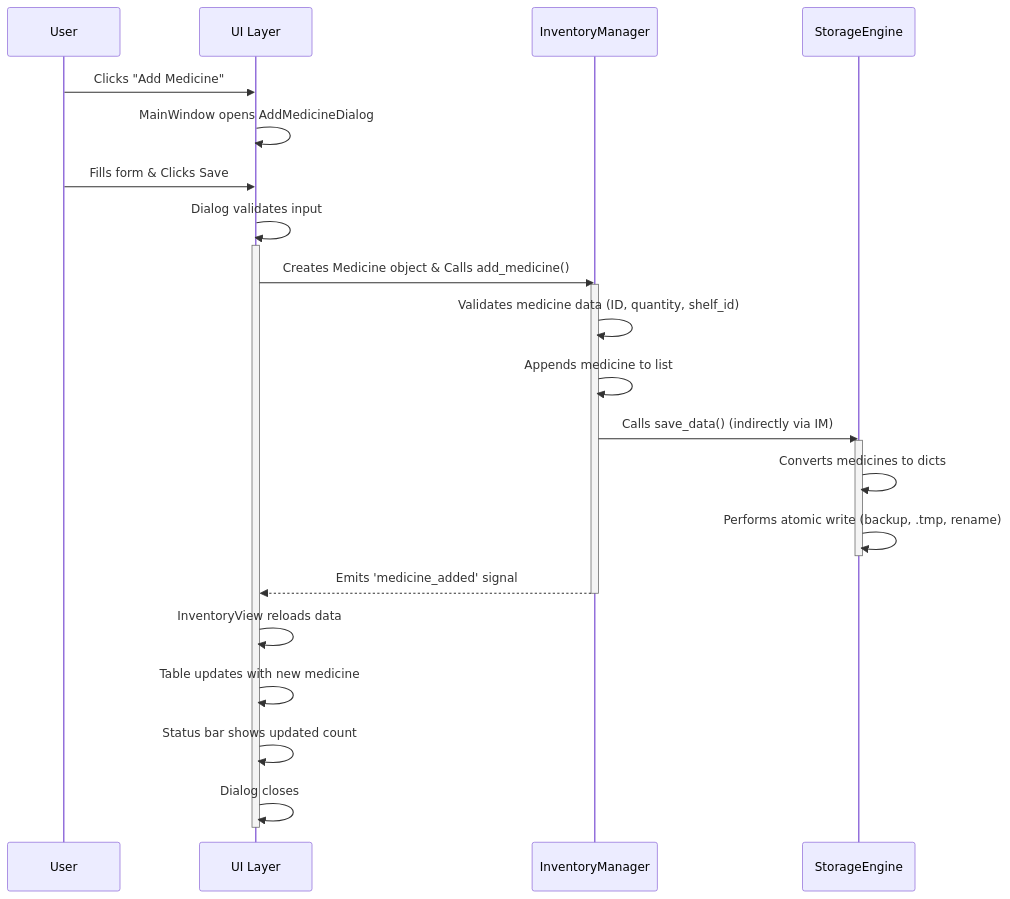
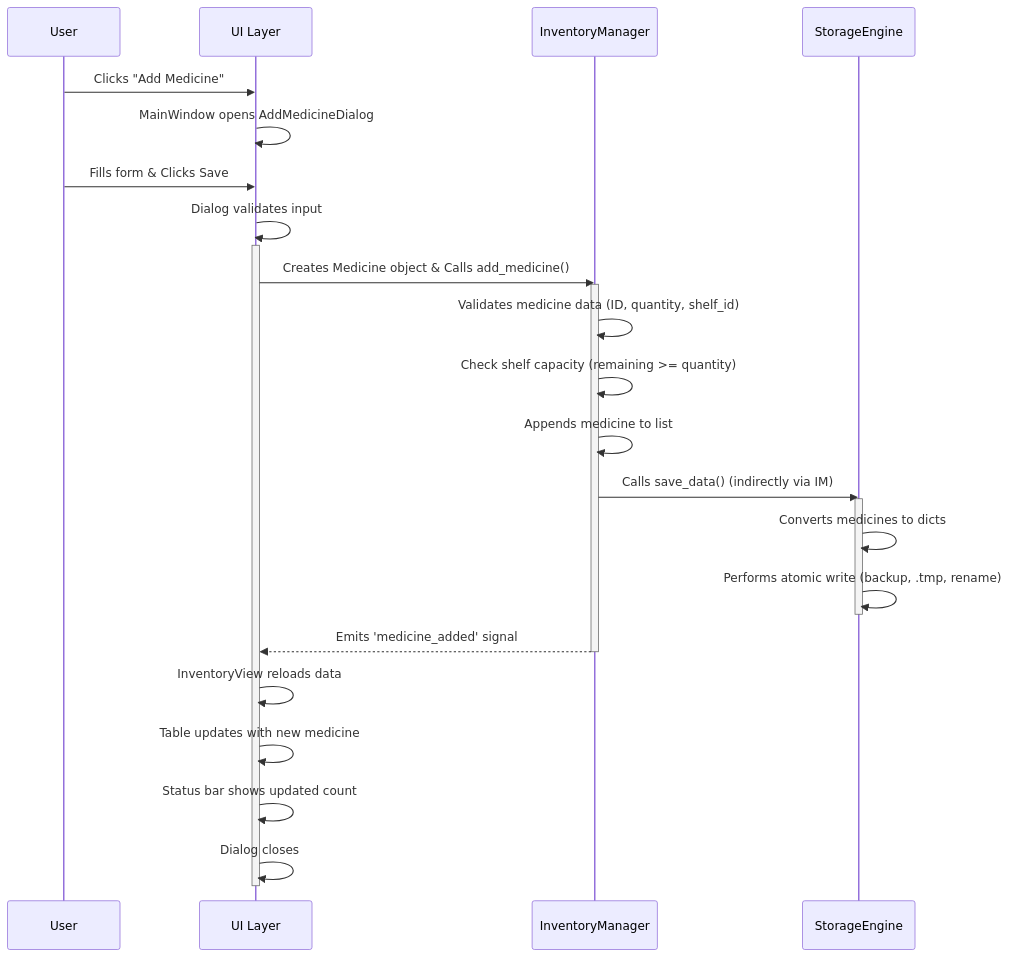
The second of 4 diagrams in docs/projectcharts.md (Des1r3d/KiThuatLapTrinhNhom3), drawn with Mermaid before and after one commit. The commit also changed other lines of this file and 13 other files, not shown here.

````diff
--- a/docs/projectcharts.md
+++ b/docs/projectcharts.md
@@ -48,29 +48,30 @@
 ```mermaid
 sequenceDiagram
     participant User
     participant UI as UI Layer
     participant IM as InventoryManager
     participant SE as StorageEngine
 
     User->>UI: Clicks "Add Medicine"
     UI->>UI: MainWindow opens AddMedicineDialog
     User->>UI: Fills form & Clicks Save
     UI->>UI: Dialog validates input
     activate UI
     UI->>IM: Creates Medicine object & Calls add_medicine()
     activate IM
     IM->>IM: Validates medicine data (ID, quantity, shelf_id)
+    IM->>IM: Check shelf capacity (remaining >= quantity)
     IM->>IM: Appends medicine to list
     IM->>SE: Calls save_data() (indirectly via IM)
     activate SE
     SE->>SE: Converts medicines to dicts
     SE->>SE: Performs atomic write (backup, .tmp, rename)
     deactivate SE
     IM-->>UI: Emits 'medicine_added' signal
     deactivate IM
     UI->>UI: InventoryView reloads data
     UI->>UI: Table updates with new medicine
     UI->>UI: Status bar shows updated count
     UI->>UI: Dialog closes
     deactivate UI
 ```
````
